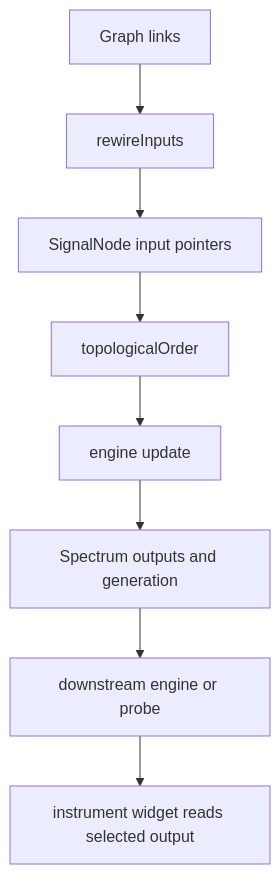
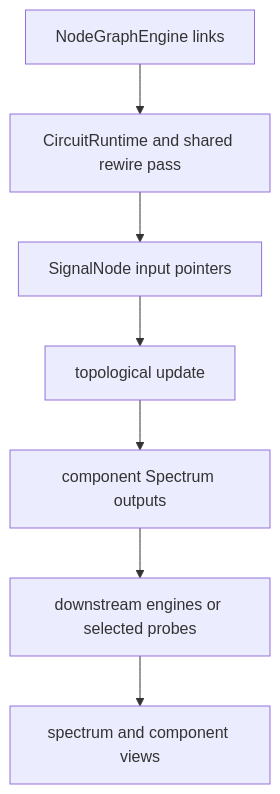
One commit to striderZA/Tiny-RF-Simulator changed the second of 3 diagrams in openwiki/architecture/overview.md. Above: the diagram before and after it, drawn with Mermaid. The commit also changed other lines of this file and 22 other files, not shown here.

````diff
--- a/openwiki/architecture/overview.md
+++ b/openwiki/architecture/overview.md
@@ -109,10 +132,9 @@
 ```mermaid
 flowchart TD
-    A["Graph links"] --> B["rewireInputs"]
+    A["NodeGraphEngine links"] --> B["CircuitRuntime and shared rewire pass"]
     B --> C["SignalNode input pointers"]
-    C --> D["topologicalOrder"]
-    D --> E["engine update"]
-    E --> F["Spectrum outputs and generation"]
-    F --> G["downstream engine or probe"]
-    G --> H["instrument widget reads selected output"]
+    C --> D["topological update"]
+    D --> E["component Spectrum outputs"]
+    E --> F["downstream engines or selected probes"]
+    F --> G["spectrum and component views"]
 ```
````
